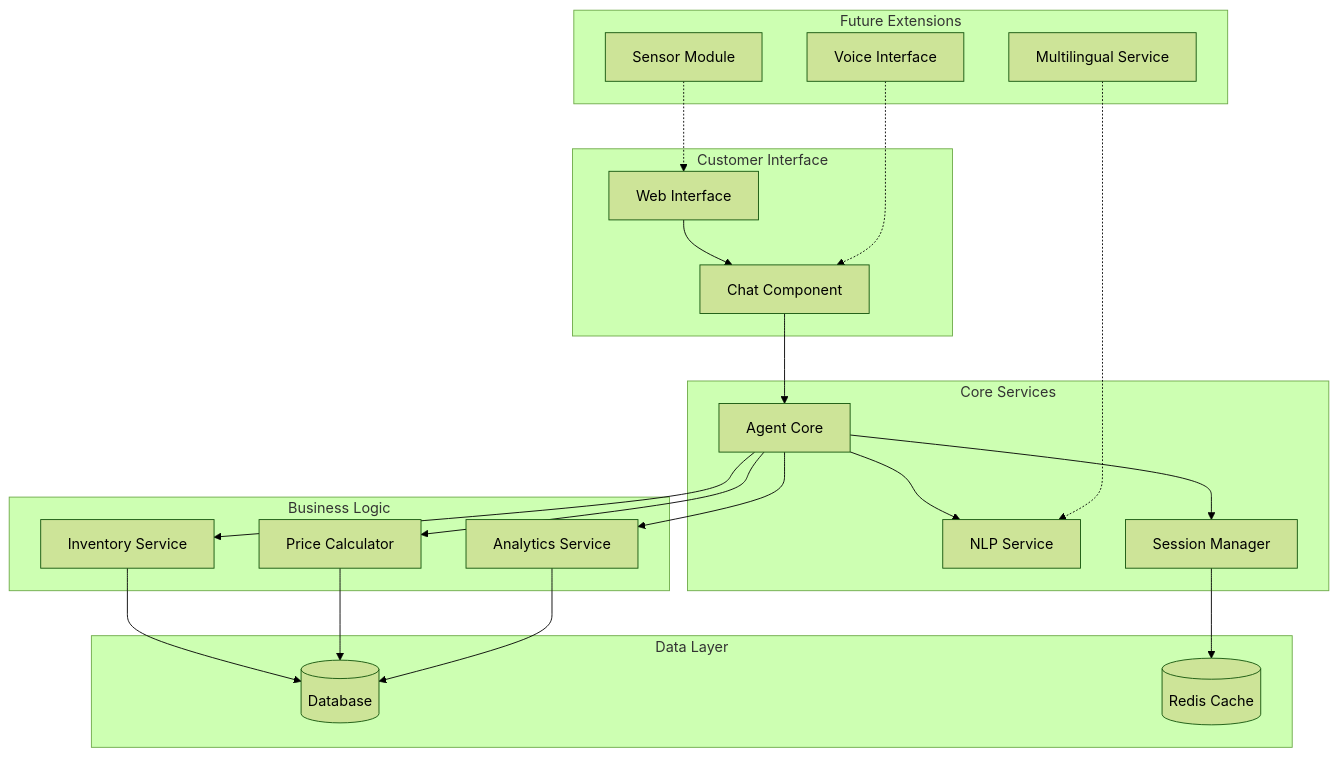
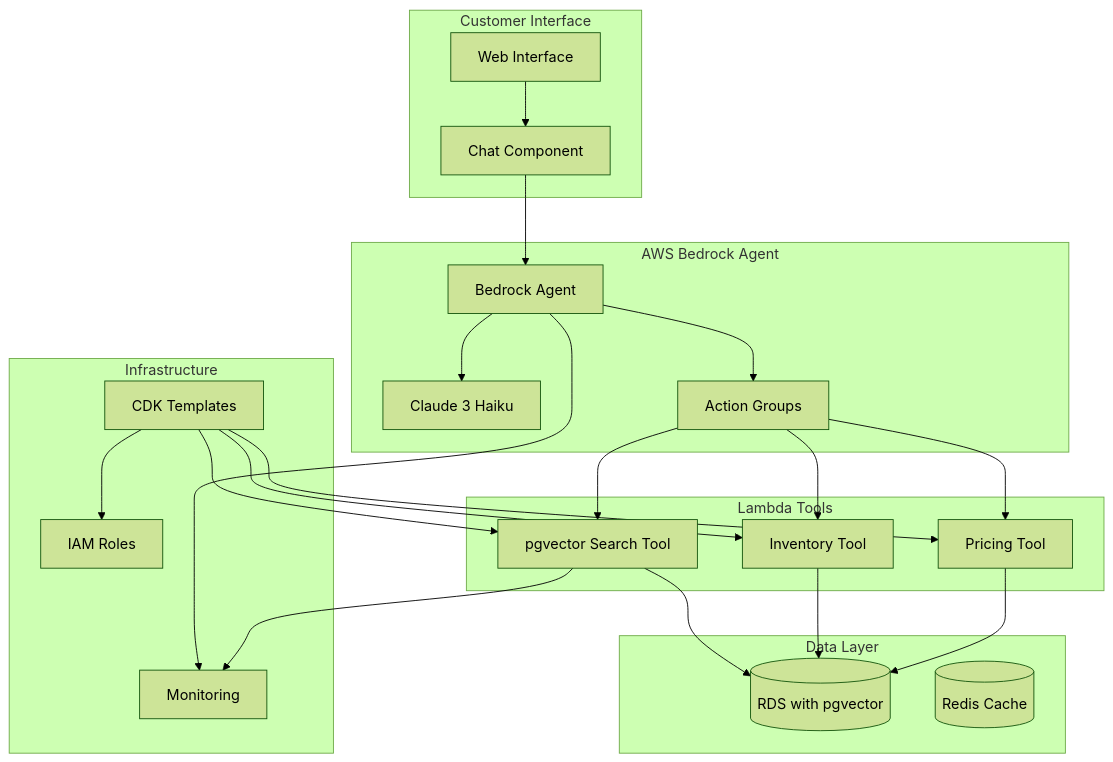
One commit to whiteboxllms/clever-widget-factory changed the first of 4 diagrams in .kiro/specs/sari-sari-agent/design.md. Above: the diagram before and after it, drawn with Mermaid (forest theme). The commit also changed other lines of this file and 58 other files, not shown here.

````diff
--- a/.kiro/specs/sari-sari-agent/design.md
+++ b/.kiro/specs/sari-sari-agent/design.md
@@ -13,47 +13,50 @@
 ```mermaid
 graph TB
     subgraph "Customer Interface"
         UI[Web Interface]
         Chat[Chat Component]
     end
     
-    subgraph "Core Services"
-        Agent[Agent Core]
-        NLP[NLP Service]
-        Session[Session Manager]
+    subgraph "AWS Bedrock Agent"
+        Agent[Bedrock Agent]
+        Claude[Claude 3 Haiku]
+        ActionGroup[Action Groups]
     end
     
-    subgraph "Business Logic"
-        Inventory[Inventory Service]
-        Pricing[Price Calculator]
-        Analytics[Analytics Service]
+    subgraph "Lambda Tools"
+        SearchTool[pgvector Search Tool]
+        InventoryTool[Inventory Tool]
+        PricingTool[Pricing Tool]
     end
     
     subgraph "Data Layer"
-        DB[(Database)]
+        RDS[(RDS with pgvector)]
         Cache[(Redis Cache)]
     end
     
-    subgraph "Future Extensions"
-        Voice[Voice Interface]
-        ML[Multilingual Service]
-        Sensor[Sensor Module]
+    subgraph "Infrastructure"
+        CDK[CDK Templates]
+        IAM[IAM Roles]
+        CloudWatch[Monitoring]
     end
     
     UI --> Chat
     Chat --> Agent
-    Agent --> NLP
-    Agent --> Session
-    Agent --> Inventory
-    Agent --> Pricing
-    Agent --> Analytics
+    Agent --> Claude
+    Agent --> ActionGroup
+    ActionGroup --> SearchTool
+    ActionGroup --> InventoryTool
+    ActionGroup --> PricingTool
     
-    Inventory --> DB
-    Pricing --> DB
-    Analytics --> DB
-    Session --> Cache
+    SearchTool --> RDS
+    InventoryTool --> RDS
+    PricingTool --> RDS
     
-    Voice -.-> Chat
-    ML -.-> NLP
-    Sensor -.-> UI
+    CDK --> IAM
+    CDK --> SearchTool
+    CDK --> InventoryTool
+    CDK --> PricingTool
+    
+    Agent --> CloudWatch
+    SearchTool --> CloudWatch
 ```
````
